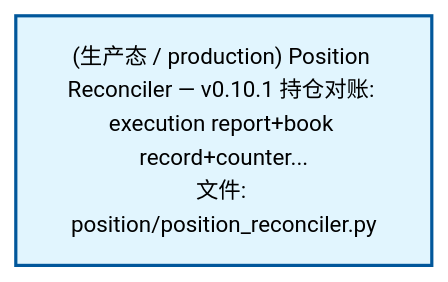
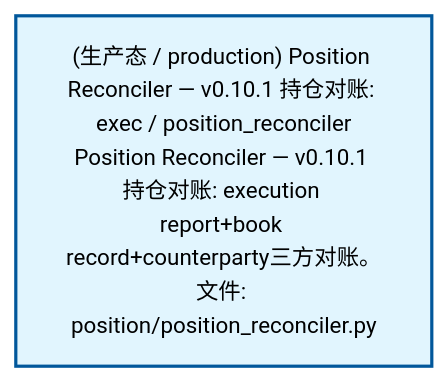
Before and after one commit to xuanFelixVan/ZephyrAlpha: the second of 4 diagrams in docs/02_enterprise_architecture/02_domain_architecture_docs/64_d_position.md, drawn with Mermaid. The commit also changed other lines of this file and 60 other files, not shown here.

````diff
--- a/docs/02_enterprise_architecture/02_domain_architecture_docs/64_d_position.md
+++ b/docs/02_enterprise_architecture/02_domain_architecture_docs/64_d_position.md
@@ -101,10 +101,10 @@
 ```mermaid
 %%{init: {'theme': 'base', 'themeVariables': {'primaryColor': '#eaeaea', 'primaryTextColor': '#333333', 'primaryBorderColor': '#666666', 'lineColor': '#666666', 'secondaryColor': '#eaeaea', 'tertiaryColor': '#eaeaea', 'fontSize': '14px'}}}%%
 flowchart TD
-    src_zephyr_position_position_reconciler_py["(生产态 / production) Position Reconciler — v0.10.1 持仓对账: execution report+book record+counter...<br/>文件: position/position_reconciler.py"]
+    src_zephyr_position_position_reconciler_py["(生产态 / production) Position Reconciler — v0.10.1 持仓对账: exec / position_reconciler<br/>Position Reconciler — v0.10.1 持仓对账: execution report+book record+counterparty三方对账。<br/>文件: position/position_reconciler.py"]
     classDef production fill:#e1f5fe,stroke:#01579b,stroke-width:2px,color:#000
     classDef design fill:#fff3e0,stroke:#e65100,stroke-width:2px,color:#000,stroke-dasharray: 5 5
     classDef external_prod fill:#e8f4fd,stroke:#0277bd,stroke-width:1px,color:#000
     classDef external_design fill:#fff8e7,stroke:#ef6c00,stroke-width:1px,color:#000,stroke-dasharray: 5 5
     class src_zephyr_position_position_reconciler_py production
 ```
````
